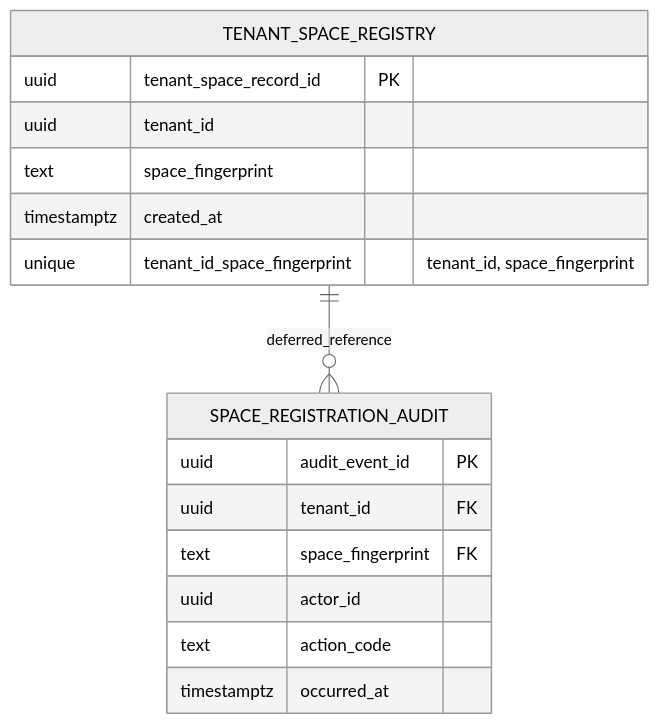
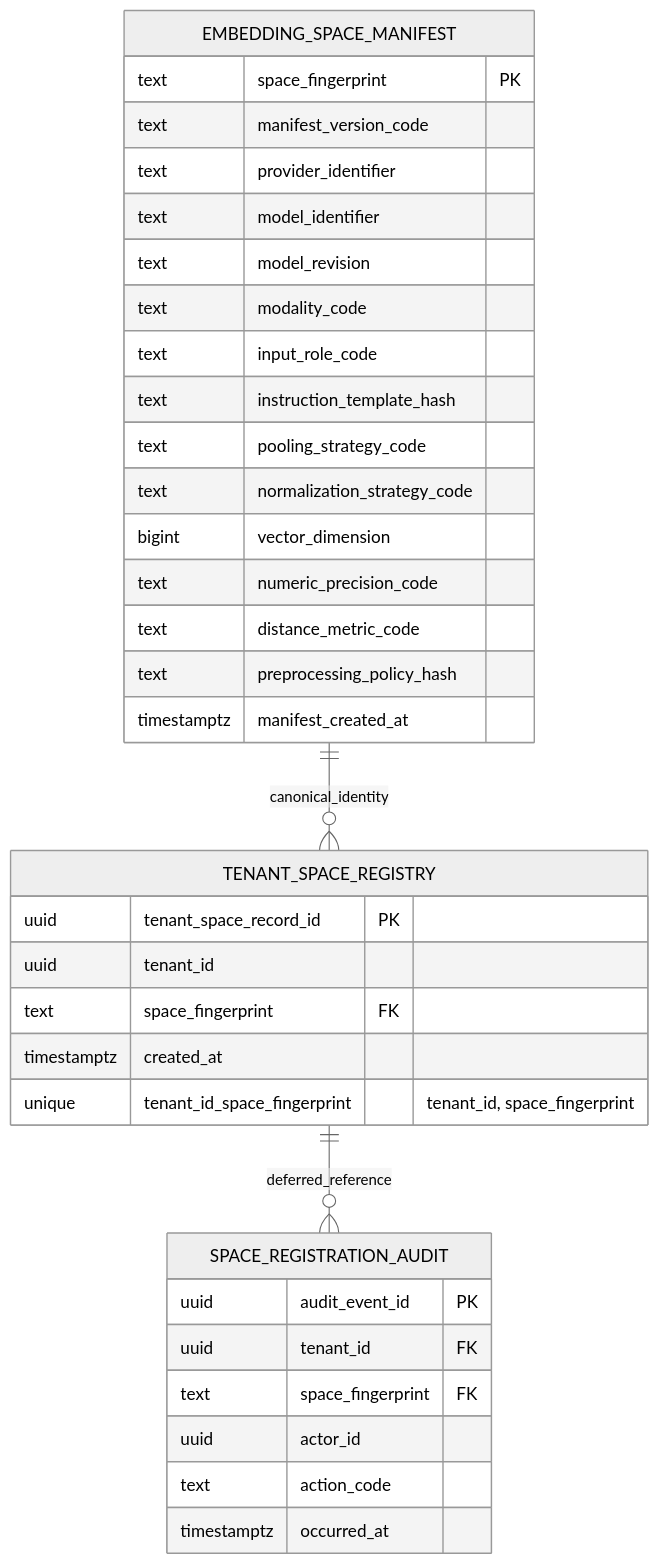
One commit to ContextualWisdomLab/EmbedRelay changed the second of 3 diagrams in docs/ERD.md. Above: the diagram before and after it, drawn with Mermaid (neutral theme). The commit also changed other lines of this file, not shown here.

Commit message:
docs: make ERD match canonical manifest persistence

````diff
--- a/docs/ERD.md
+++ b/docs/ERD.md
@@ -50,21 +50,40 @@
 ```mermaid
 erDiagram
+    EMBEDDING_SPACE_MANIFEST ||--o{ TENANT_SPACE_REGISTRY : canonical_identity
     TENANT_SPACE_REGISTRY ||--o{ SPACE_REGISTRATION_AUDIT : deferred_reference
+
+    EMBEDDING_SPACE_MANIFEST {
+      text space_fingerprint PK
+      text manifest_version_code
+      text provider_identifier
+      text model_identifier
+      text model_revision
+      text modality_code
+      text input_role_code
+      text instruction_template_hash
+      text pooling_strategy_code
+      text normalization_strategy_code
+      bigint vector_dimension
+      text numeric_precision_code
+      text distance_metric_code
+      text preprocessing_policy_hash
+      timestamptz manifest_created_at
+    }
 
     TENANT_SPACE_REGISTRY {
       uuid tenant_space_record_id PK
       uuid tenant_id
-      text space_fingerprint
+      text space_fingerprint FK
       timestamptz created_at
       unique tenant_id_space_fingerprint "tenant_id, space_fingerprint"
     }
 
     SPACE_REGISTRATION_AUDIT {
       uuid audit_event_id PK
       uuid tenant_id FK
       text space_fingerprint FK
       uuid actor_id
       text action_code
       timestamptz occurred_at
     }
 ```
````
